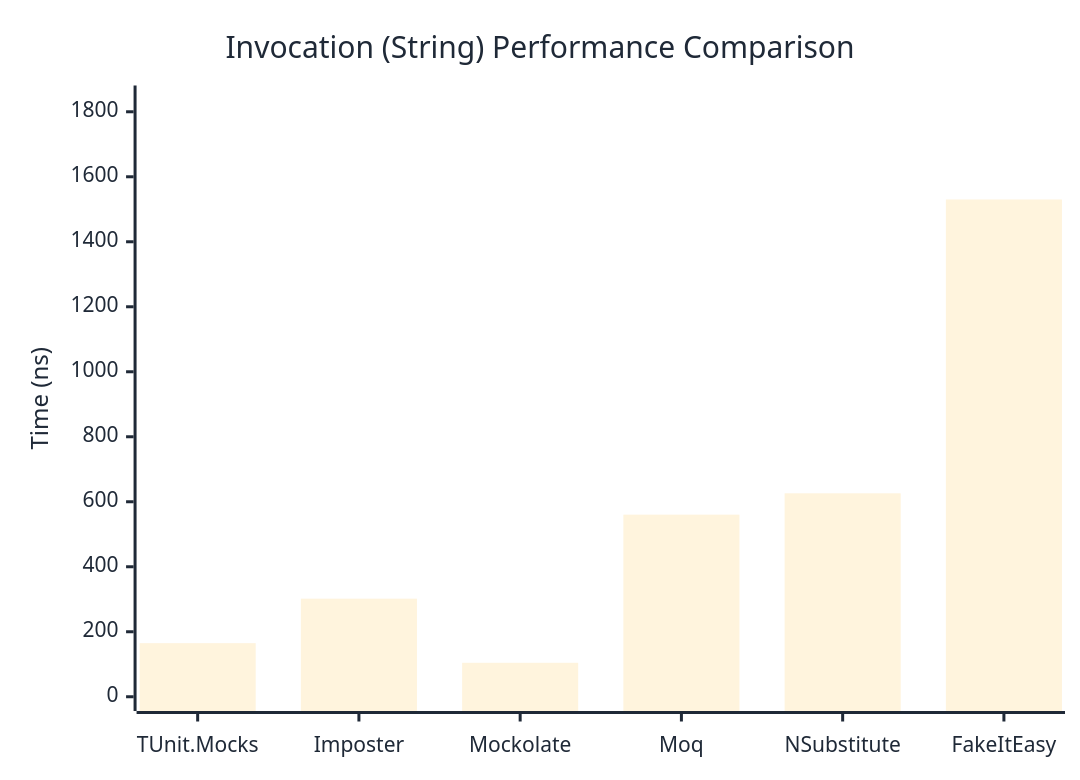
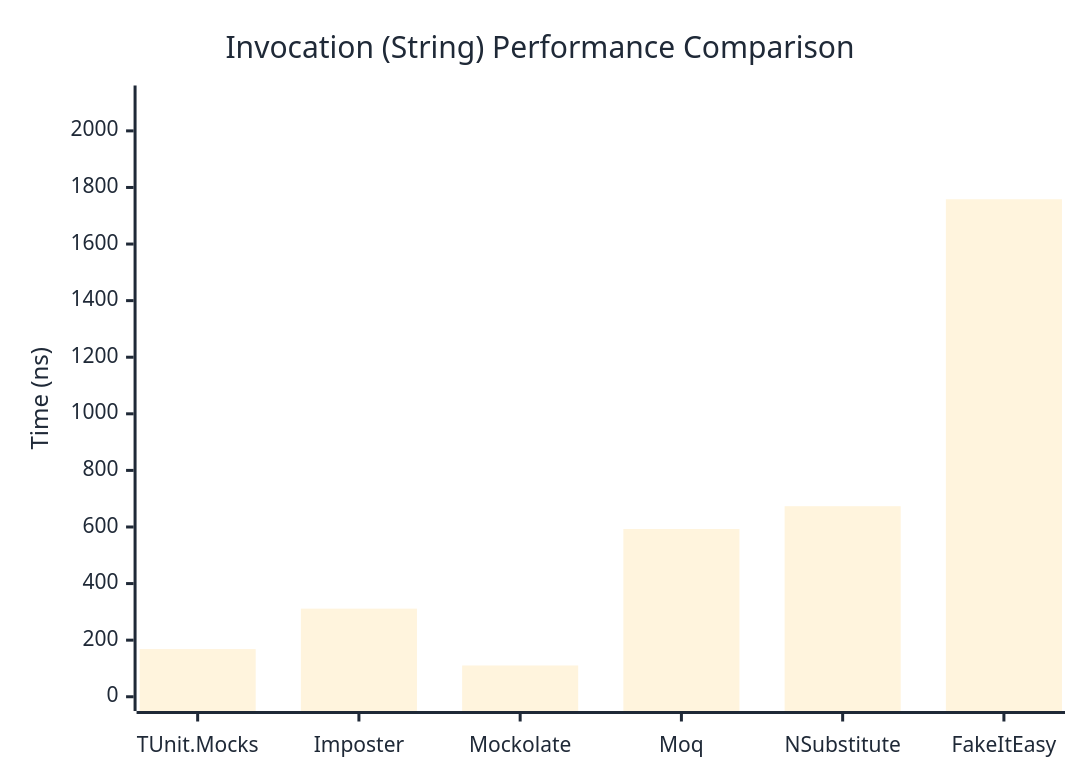
One commit to thomhurst/TUnit changed the second of 3 diagrams in docs/docs/benchmarks/mocks/Invocation.md. Above: the diagram before and after it, drawn with Mermaid. The commit also changed other lines of this file and 14 other files, not shown here.

````diff
--- a/docs/docs/benchmarks/mocks/Invocation.md
+++ b/docs/docs/benchmarks/mocks/Invocation.md
@@ -71,27 +71,27 @@
 ```mermaid
 %%{init: {
   'theme':'base',
   'themeVariables': {
     'primaryColor': '#2563eb',
     'primaryTextColor': '#1f2937',
     'primaryBorderColor': '#1e40af',
     'lineColor': '#6b7280',
     'secondaryColor': '#7c3aed',
     'tertiaryColor': '#dc2626',
     'background': '#ffffff',
     'pie1': '#2563eb',
     'pie2': '#7c3aed',
     'pie3': '#dc2626',
     'pie4': '#f59e0b',
     'pie5': '#10b981',
     'pie6': '#06b6d4',
     'pie7': '#ec4899',
     'pie8': '#6366f1'
   }
 }}%%
 xychart-beta
   title "Invocation (String) Performance Comparison"
   x-axis ["TUnit.Mocks", "Imposter", "Mockolate", "Moq", "NSubstitute", "FakeItEasy"]
-  y-axis "Time (ns)" 0 --> 1837
-  bar [164.9, 301.8, 104.5, 560.3, 626, 1530.1]
+  y-axis "Time (ns)" 0 --> 2110
+  bar [168.5, 311.4, 110.5, 592.9, 673.5, 1758.3]
 ```
````
